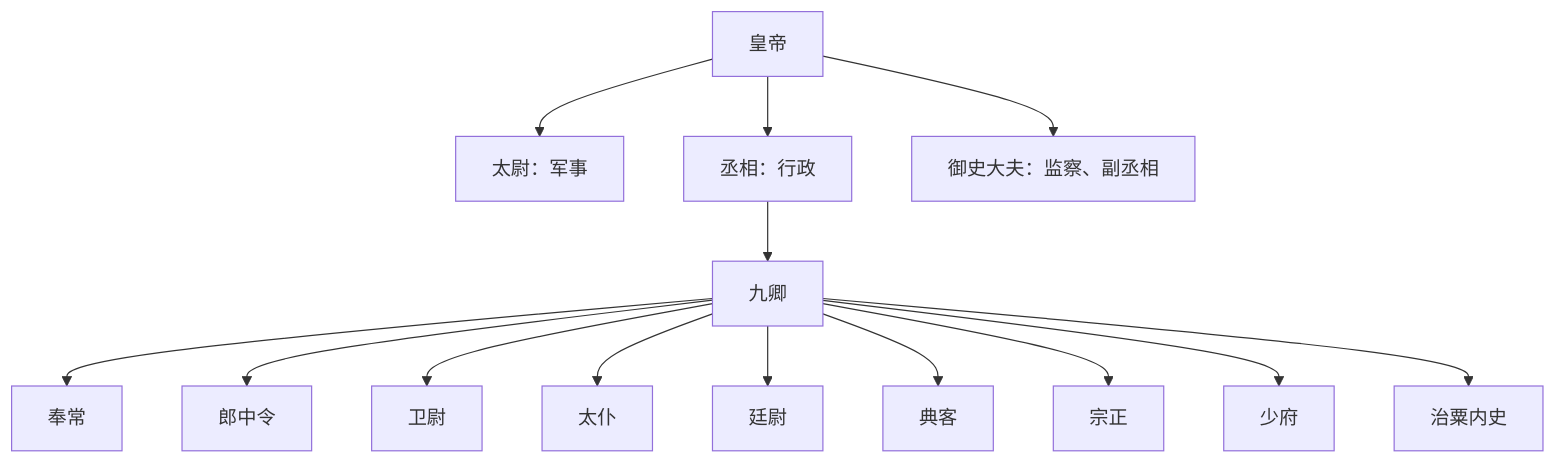
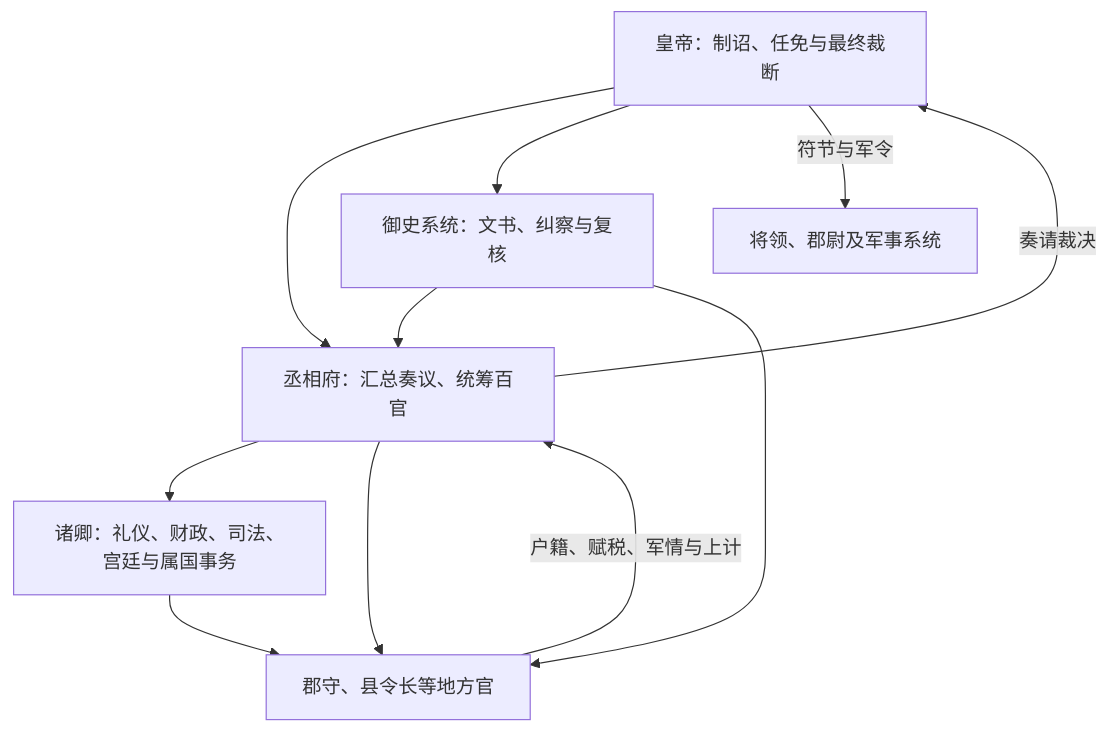
One commit to tianlan-dev/learning-notes changed the diagram in 人文科学/历史/东亚/中国/_制度/中枢与职官/历代中枢机构/秦.md. Above: the diagram before and after it, drawn with Mermaid. The commit also changed other lines of this file and 1417 other files, not shown here.

````diff
--- a/人文科学/历史/东亚/中国/_制度/中枢与职官/历代中枢机构/秦.md
+++ b/人文科学/历史/东亚/中国/_制度/中枢与职官/历代中枢机构/秦.md
@@ -36,16 +36,13 @@
 ```mermaid
 flowchart TD
-    E["皇帝"] --> T["太尉：军事"]
-    E --> X["丞相：行政"]
-    E --> Y["御史大夫：监察、副丞相"]
-    X --> Q["九卿"]
-    Q --> A["奉常"]
-    Q --> B["郎中令"]
-    Q --> C["卫尉"]
-    Q --> D["太仆"]
-    Q --> F["廷尉"]
-    Q --> G["典客"]
-    Q --> H["宗正"]
-    Q --> I["少府"]
-    Q --> J["治粟内史"]
+    E["皇帝：制诏、任免与最终裁断"] --> X["丞相府：汇总奏议、统筹百官"]
+    E --> Y["御史系统：文书、纠察与复核"]
+    X --> Q["诸卿：礼仪、财政、司法、宫廷与属国事务"]
+    X --> J["郡守、县令长等地方官"]
+    Y --> X
+    Y --> J
+    Q --> J
+    J -->|户籍、赋税、军情与上计| X
+    X -->|奏请裁决| E
+    E -->|符节与军令| M["将领、郡尉及军事系统"]
 ```
````
